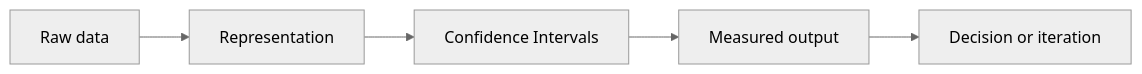
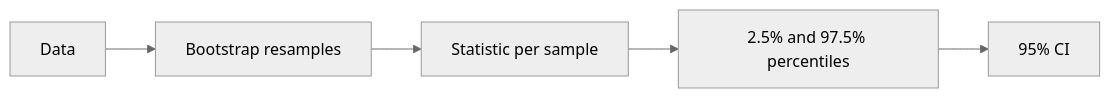
The diagram in statistics/08-confidence-intervals.md (Icon1cc/Machine-Learning), drawn with Mermaid (neutral theme) before and after one commit. The commit also changed other lines of this file and 264 other files, not shown here.

````diff
--- a/statistics/08-confidence-intervals.md
+++ b/statistics/08-confidence-intervals.md
@@ -92,7 +56,7 @@
 ```mermaid
 flowchart LR
-    A[Raw data] --> B[Representation]
-    B --> C[Confidence Intervals]
-    C --> D[Measured output]
-    D --> E[Decision or iteration]
+    D[Data] --> B[Bootstrap resamples]
+    B --> S[Statistic per sample]
+    S --> P[2.5% and 97.5% percentiles]
+    P --> CI[95% CI]
 ```
````
